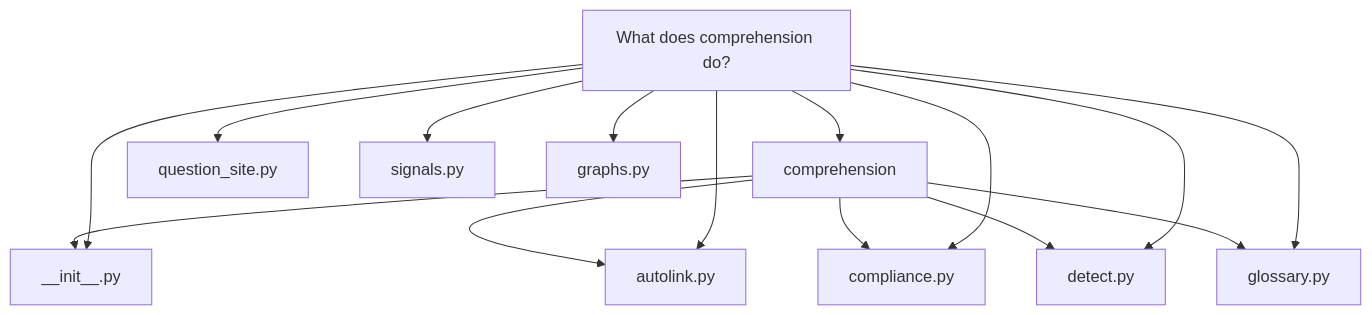
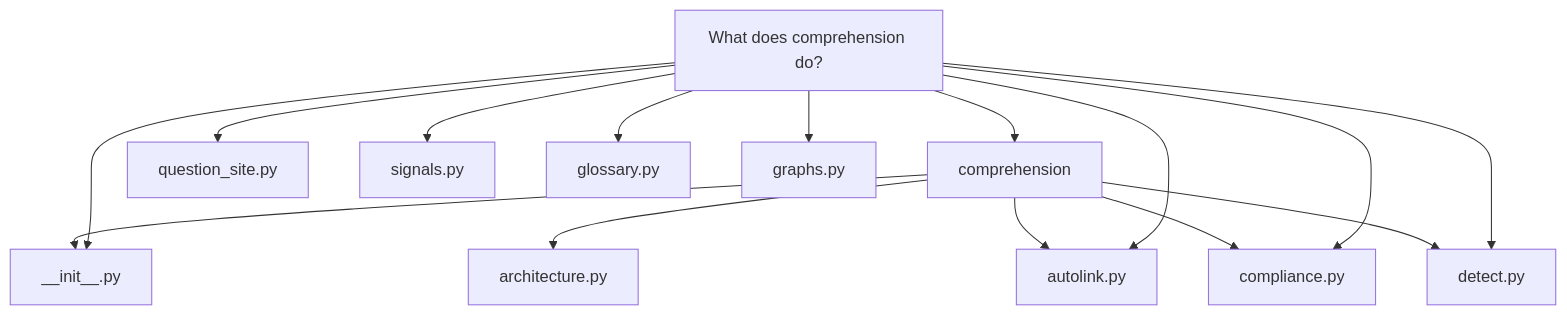
The third of 4 diagrams in docs/component-comprehension-87225edb.md (norandom/DocuHarnessX), drawn with Mermaid before and after one commit. The commit also changed 10 other files, not shown here.

First line of the commit message:
feat(comprehension-visuals): autodetect layered and service architecture

````diff
--- a/docs/component-comprehension-87225edb.md
+++ b/docs/component-comprehension-87225edb.md
@@ -97,27 +97,28 @@
 ```mermaid
 flowchart TB
   n0["What does comprehension do?"]
   n1["comprehension"]
   n2["__init__.py"]
-  n3["autolink.py"]
-  n4["compliance.py"]
-  n5["detect.py"]
-  n6["glossary.py"]
+  n3["architecture.py"]
+  n4["autolink.py"]
+  n5["compliance.py"]
+  n6["detect.py"]
   n7["question_site.py"]
   n8["signals.py"]
-  n9["graphs.py"]
+  n9["glossary.py"]
+  n10["graphs.py"]
   n0 --> n1
   n1 --> n2
   n1 --> n3
   n1 --> n4
   n1 --> n5
   n1 --> n6
   n0 --> n2
   n0 --> n7
+  n0 --> n6
+  n0 --> n8
+  n0 --> n9
+  n0 --> n4
   n0 --> n5
-  n0 --> n8
-  n0 --> n6
-  n0 --> n3
-  n0 --> n4
-  n0 --> n9
+  n0 --> n10
 ```
````
